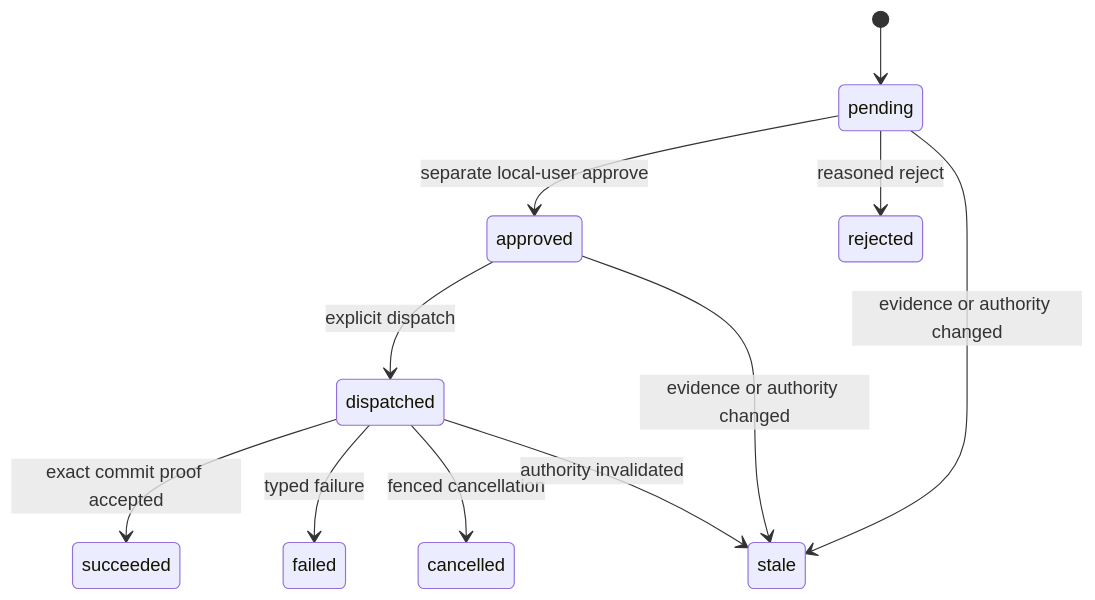
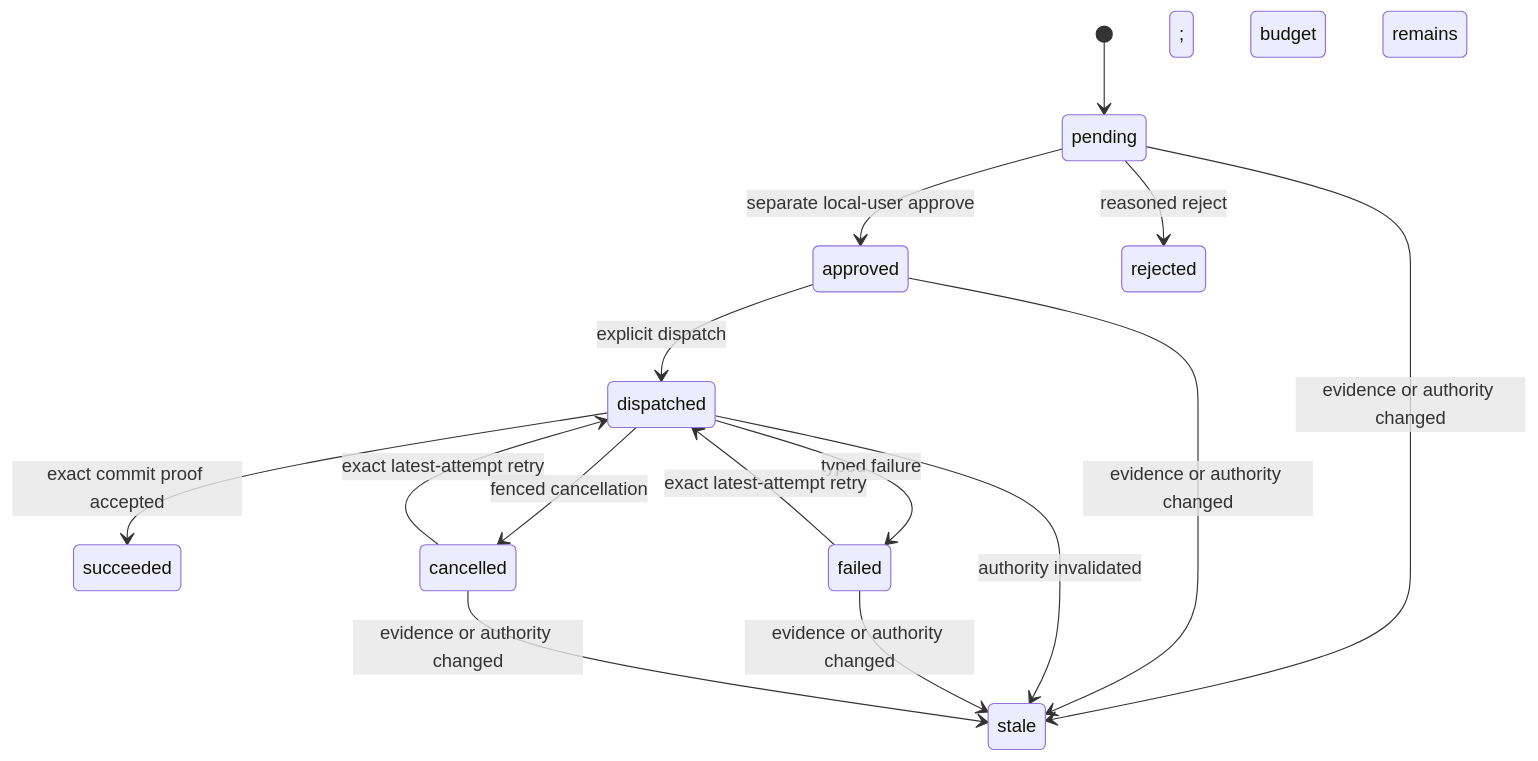
Before and after one commit to dankk0220abc-prog/visual-engineer: the second of 11 diagrams in docs/architecture/state-machine.md, drawn with Mermaid. The commit also changed other lines of this file and 39 other files, not shown here.

````diff
--- a/docs/architecture/state-machine.md
+++ b/docs/architecture/state-machine.md
@@ -34,13 +34,17 @@
 ```mermaid
 stateDiagram-v2
     [*] --> pending
     pending --> approved: separate local-user approve
     pending --> rejected: reasoned reject
     pending --> stale: evidence or authority changed
     approved --> dispatched: explicit dispatch
     approved --> stale: evidence or authority changed
     dispatched --> succeeded: exact commit proof accepted
     dispatched --> failed: typed failure
     dispatched --> cancelled: fenced cancellation
     dispatched --> stale: authority invalidated
+    failed --> dispatched: exact latest-attempt retry; budget remains
+    cancelled --> dispatched: exact latest-attempt retry; budget remains
+    failed --> stale: evidence or authority changed
+    cancelled --> stale: evidence or authority changed
 ```
````
